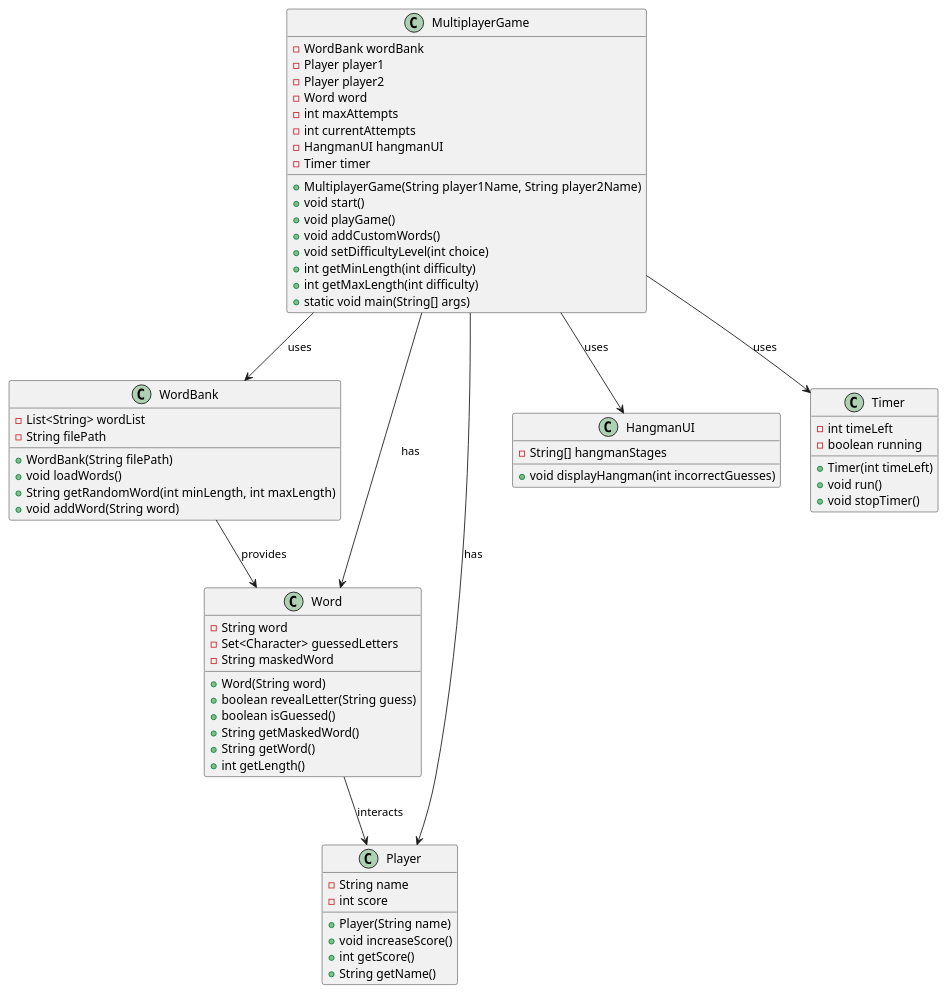
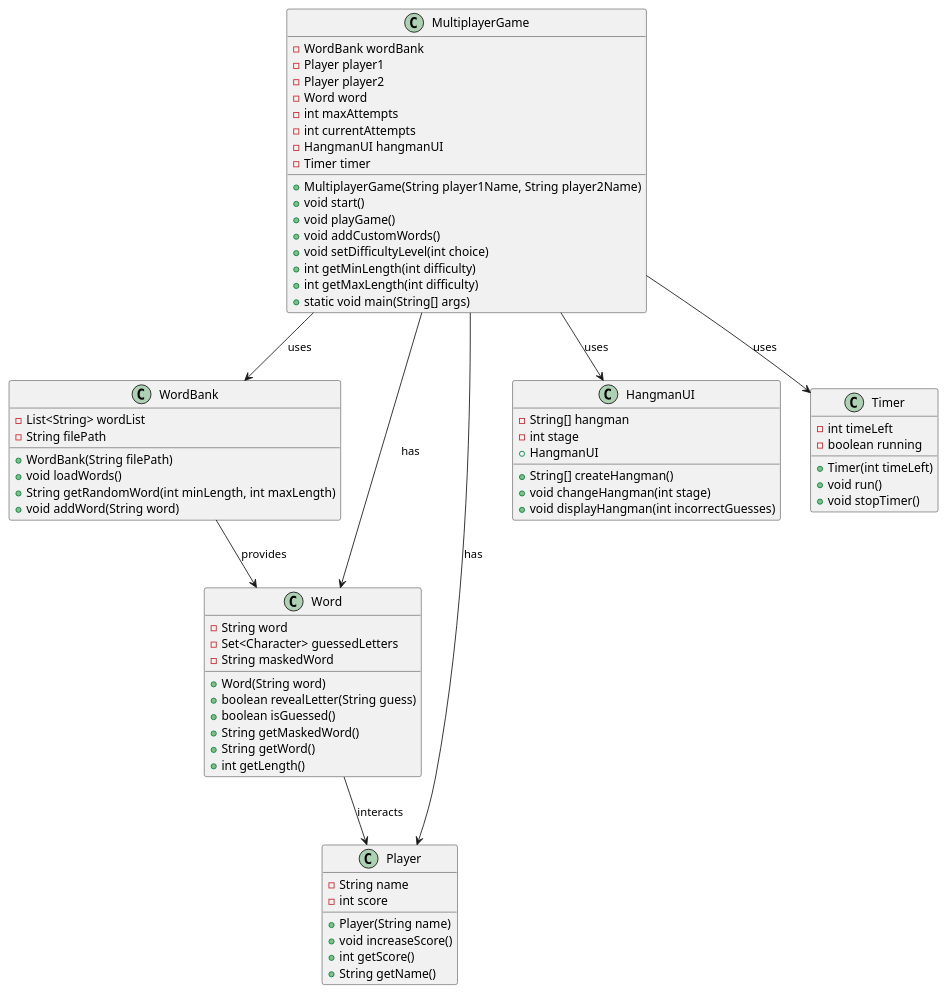
Before and after one commit to dci-fbw-j-24-e02/The-Competition-Project1: the diagram in ClassDiagram.puml, drawn with PlantUML.

Commit message:
Updated HangmanUI class in diagram

```diff
--- a/ClassDiagram.puml
+++ b/ClassDiagram.puml
@@ -1,73 +1,77 @@
 @startuml
 
 class WordBank {
     - List<String> wordList
     - String filePath
     + WordBank(String filePath)
     + void loadWords()
     + String getRandomWord(int minLength, int maxLength)
     + void addWord(String word)
 }
 
 class Player {
     - String name
     - int score
     + Player(String name)
     + void increaseScore()
     + int getScore()
     + String getName()
 }
 
 class Word {
     - String word
     - Set<Character> guessedLetters
     - String maskedWord
     + Word(String word)
     + boolean revealLetter(String guess)
     + boolean isGuessed()
     + String getMaskedWord()
     + String getWord()
     + int getLength()
 }
 
 class HangmanUI {
-    - String[] hangmanStages
+    - String[] hangman
+    - int stage
+    + HangmanUI
+    + String[] createHangman()
+    + void changeHangman(int stage)
     + void displayHangman(int incorrectGuesses)
 }
 
 class Timer {
     - int timeLeft
     - boolean running
     + Timer(int timeLeft)
     + void run()
     + void stopTimer()
 }
 
 class MultiplayerGame {
     - WordBank wordBank
     - Player player1
     - Player player2
     - Word word
     - int maxAttempts
     - int currentAttempts
     - HangmanUI hangmanUI
     - Timer timer
     + MultiplayerGame(String player1Name, String player2Name)
     + void start()
     + void playGame()
     + void addCustomWords()
     + void setDifficultyLevel(int choice)
     + int getMinLength(int difficulty)
     + int getMaxLength(int difficulty)
     + static void main(String[] args)
 }
 
 MultiplayerGame --> WordBank : uses
 MultiplayerGame --> Player : has
 MultiplayerGame --> Word : has
 MultiplayerGame --> HangmanUI : uses
 MultiplayerGame --> Timer : uses
 WordBank --> Word : provides
 Word --> Player : interacts
 
 @enduml
```
